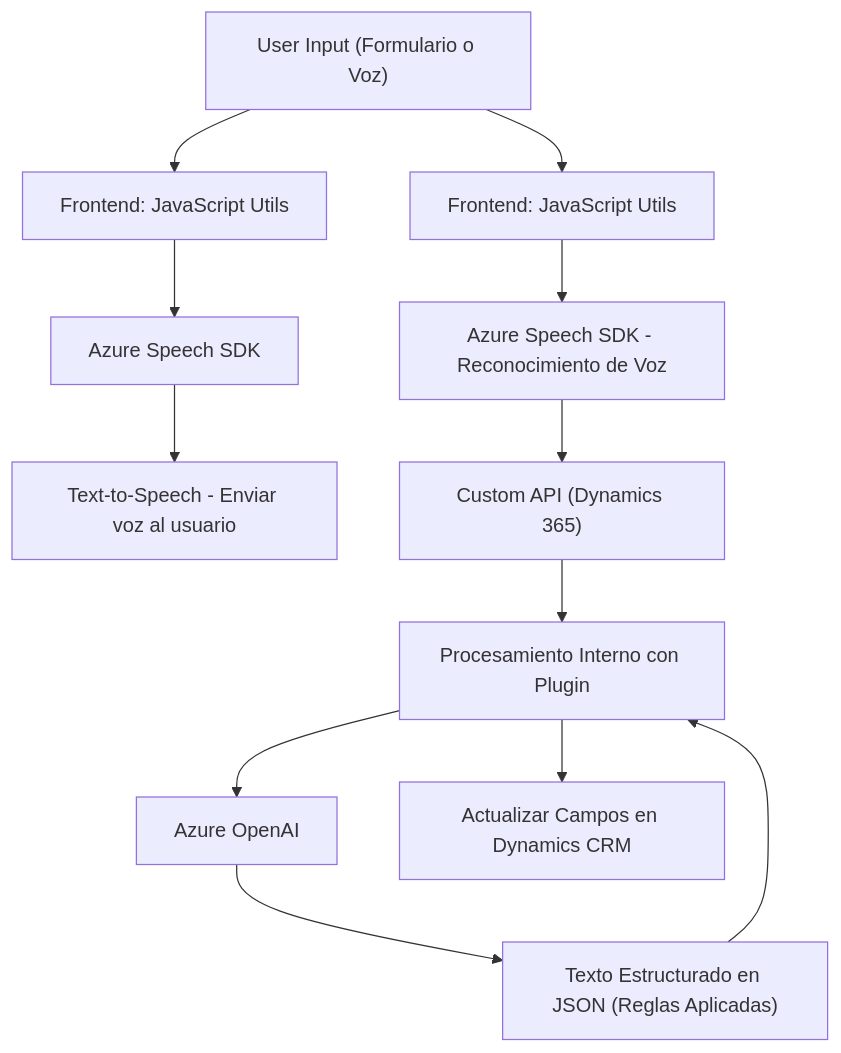
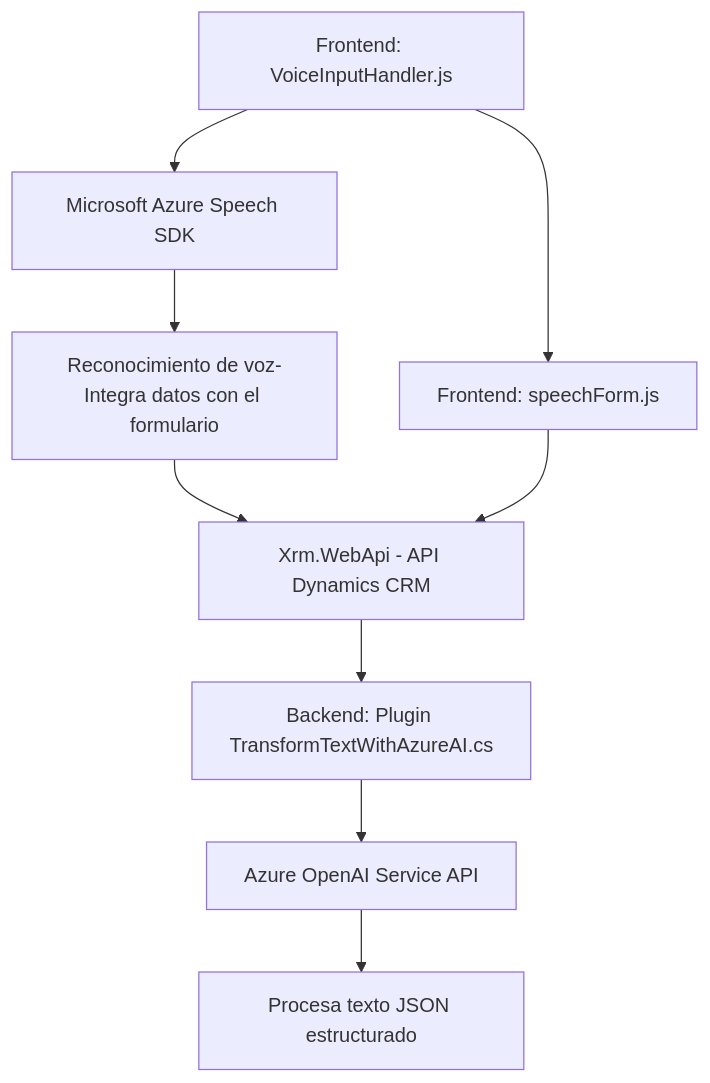
Before and after one commit to blopezdm/NETCORE_BILBAO2025: the diagram in README.md, drawn with Mermaid. The commit also changed other lines of this file, not shown here.

Commit message:
Actualizar análisis global de la solución con IA

````diff
--- a/README.md
+++ b/README.md
@@ -57,16 +31,11 @@
 ```mermaid
 graph TD
-    A["User Input (Formulario o Voz)"] --> B["Frontend: JavaScript Utils"]
-    B --> C["Azure Speech SDK"]
-    C --> H["Text-to-Speech - Enviar voz al usuario"]
-
-    A --> D["Frontend: JavaScript Utils"]
-    D --> E["Azure Speech SDK - Reconocimiento de Voz"]
-    E --> F["Custom API (Dynamics 365)"]
-    F --> J["Procesamiento Interno con Plugin"]
-    J --> G["Azure OpenAI"]
-    G --> I["Texto Estructurado en JSON (Reglas Aplicadas)"]
-    I --> J
-
-    J --> K["Actualizar Campos en Dynamics CRM"]
+    A["Frontend: VoiceInputHandler.js"] --> B["Microsoft Azure Speech SDK"]
+    A --> C["Frontend: speechForm.js"]
+    B --> D["Reconocimiento de voz-Integra datos con el formulario"]
+    D --> E["Xrm.WebApi - API Dynamics CRM"]
+    C --> E
+    E --> F["Backend: Plugin TransformTextWithAzureAI.cs"]
+    F --> G["Azure OpenAI Service API"]
+    G --> H["Procesa texto JSON estructurado"]
 ```
````
